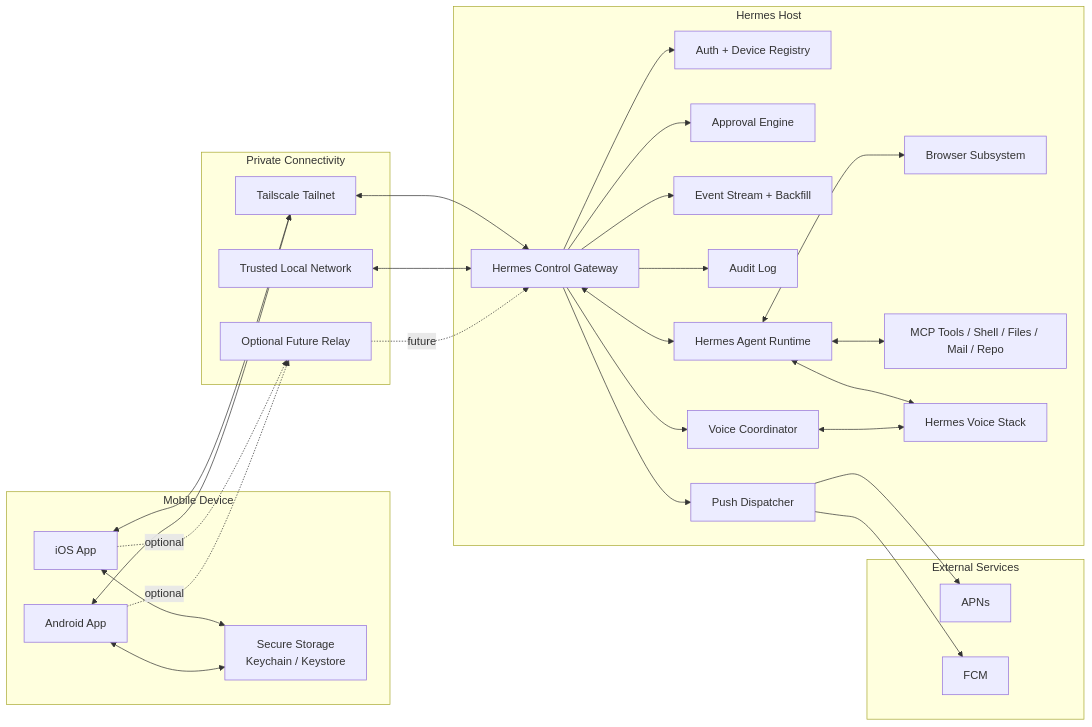
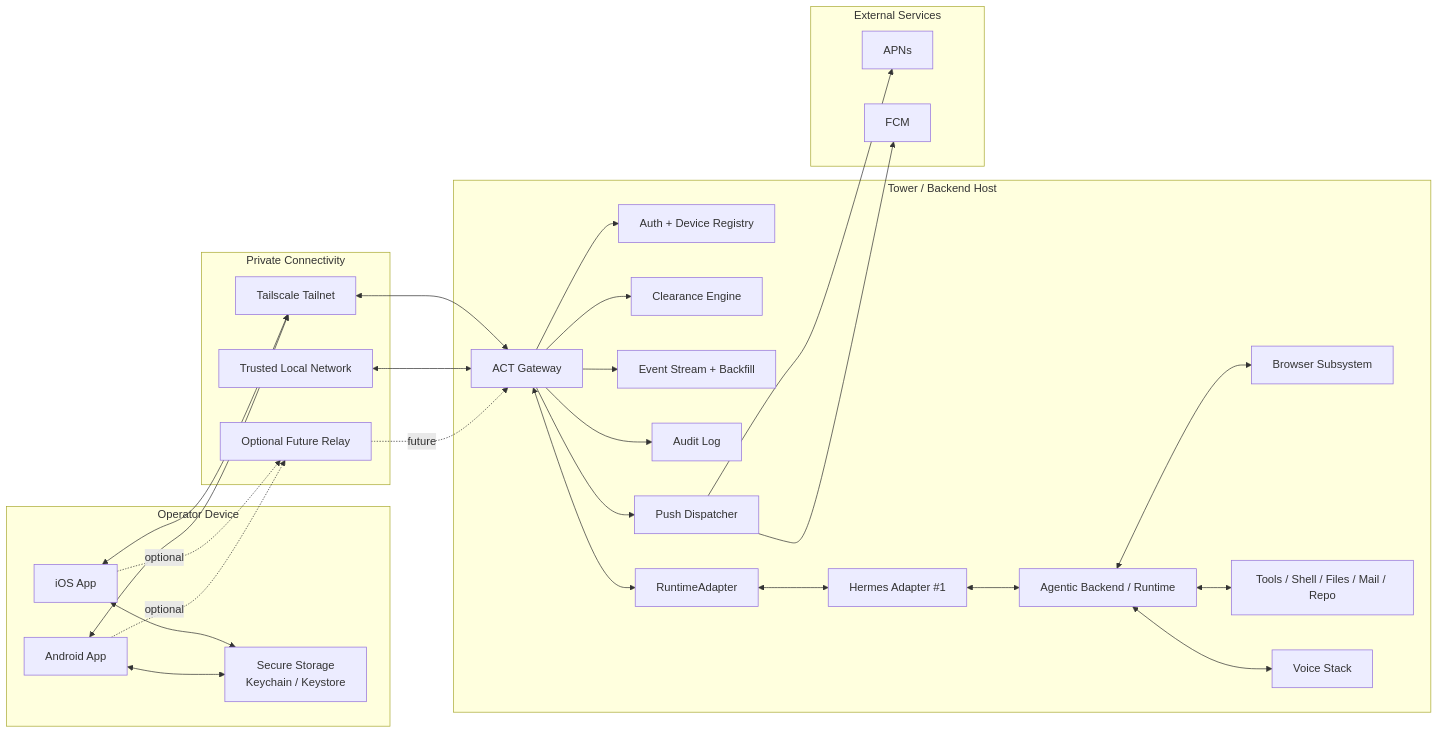
The first of 5 diagrams in docs/architecture/system-architecture.md (MahdiHedhli/HermesMobileCommand), drawn with Mermaid before and after one commit. The commit also changed other lines of this file and 40 other files, not shown here.

Commit message:
chore: rename project to Agentic Control Tower

````diff
--- a/docs/architecture/system-architecture.md
+++ b/docs/architecture/system-architecture.md
@@ -21,57 +32,58 @@
 ```mermaid
 flowchart LR
-  subgraph MobileDevice["Mobile Device"]
+  subgraph MobileDevice["Operator Device"]
     IOS["iOS App"]
     Android["Android App"]
     KeyStore["Secure Storage\nKeychain / Keystore"]
   end
 
   subgraph Connectivity["Private Connectivity"]
     Tailnet["Tailscale Tailnet"]
     Local["Trusted Local Network"]
     Relay["Optional Future Relay"]
   end
 
-  subgraph HermesHost["Hermes Host"]
-    Gateway["Hermes Control Gateway"]
+  subgraph TowerHost["Tower / Backend Host"]
+    Gateway["ACT Gateway"]
     Auth["Auth + Device Registry"]
-    Approval["Approval Engine"]
+    Clearance["Clearance Engine"]
     EventBus["Event Stream + Backfill"]
     Audit["Audit Log"]
     Push["Push Dispatcher"]
-    VoiceCoord["Voice Coordinator"]
-    Hermes["Hermes Agent Runtime"]
+    Adapter["RuntimeAdapter"]
+    HermesAdapter["Hermes Adapter #1"]
+    Backend["Agentic Backend / Runtime"]
     Browser["Browser Subsystem"]
-    Tools["MCP Tools / Shell / Files / Mail / Repo"]
-    Voice["Hermes Voice Stack"]
+    Tools["Tools / Shell / Files / Mail / Repo"]
+    Voice["Voice Stack"]
   end
 
   subgraph External["External Services"]
     APNS["APNs"]
     FCM["FCM"]
   end
 
   IOS <--> KeyStore
   Android <--> KeyStore
   IOS <--> Tailnet
   Android <--> Tailnet
   IOS -. optional .-> Relay
   Android -. optional .-> Relay
   Tailnet <--> Gateway
   Local <--> Gateway
   Relay -. future .-> Gateway
 
   Gateway --> Auth
-  Gateway --> Approval
+  Gateway --> Clearance
   Gateway --> EventBus
   Gateway --> Audit
   Gateway --> Push
-  Gateway --> VoiceCoord
-  Gateway <--> Hermes
-  Hermes <--> Browser
-  Hermes <--> Tools
-  Hermes <--> Voice
-  VoiceCoord <--> Voice
+  Gateway <--> Adapter
+  Adapter <--> HermesAdapter
+  HermesAdapter <--> Backend
+  Backend <--> Browser
+  Backend <--> Tools
+  Backend <--> Voice
   Push --> APNS
   Push --> FCM
 ```
````
